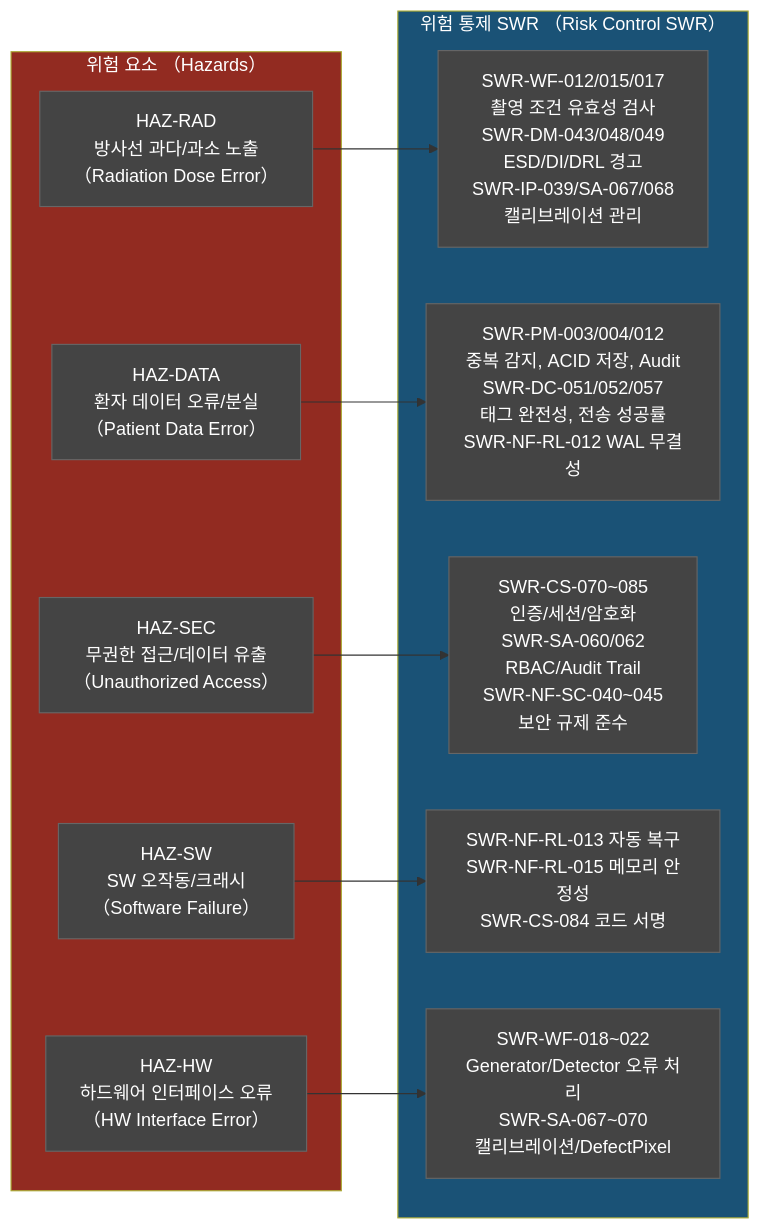
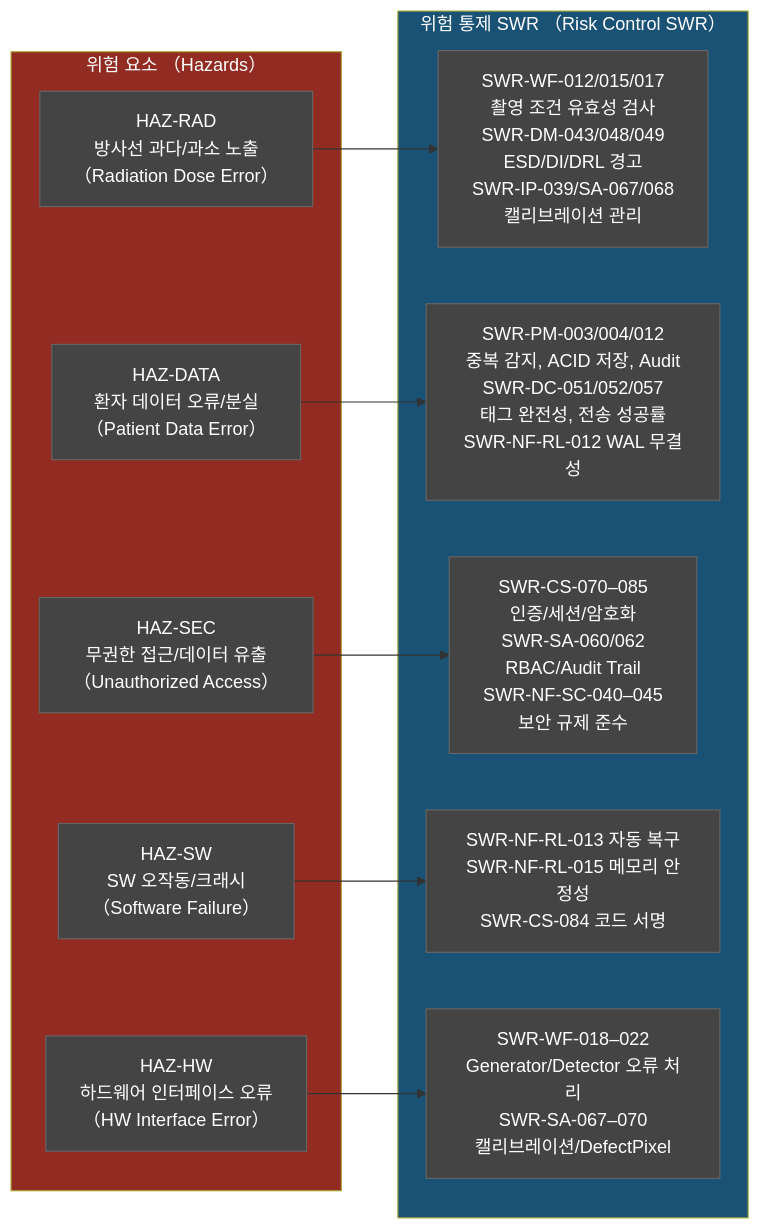
Before and after one commit to holee9/console-gui: the fifth of 6 diagrams in docs/planning/DOC-005_SRS_v2.0.md, drawn with Mermaid. The commit also changed other lines of this file and 39 other files, not shown here.

````diff
--- a/docs/planning/DOC-005_SRS_v2.0.md
+++ b/docs/planning/DOC-005_SRS_v2.0.md
@@ -764,28 +764,28 @@
 ```mermaid
 graph LR
     classDef default fill:#444,stroke:#666,color:#fff
     subgraph Hazards["위험 요소 （Hazards）"]
         HAZ_RAD["HAZ-RAD\n방사선 과다/과소 노출\n（Radiation Dose Error）"]
         HAZ_DATA["HAZ-DATA\n환자 데이터 오류/분실\n（Patient Data Error）"]
         HAZ_SEC["HAZ-SEC\n무권한 접근/데이터 유출\n（Unauthorized Access）"]
         HAZ_SW["HAZ-SW\nSW 오작동/크래시\n（Software Failure）"]
         HAZ_HW["HAZ-HW\n하드웨어 인터페이스 오류\n（HW Interface Error）"]
     end
 
     subgraph Controls["위험 통제 SWR （Risk Control SWR）"]
         RC_RAD["SWR-WF-012/015/017\n촬영 조건 유효성 검사\nSWR-DM-043/048/049\nESD/DI/DRL 경고\nSWR-IP-039/SA-067/068\n캘리브레이션 관리"]
         RC_DATA["SWR-PM-003/004/012\n중복 감지, ACID 저장, Audit\nSWR-DC-051/052/057\n태그 완전성, 전송 성공률\nSWR-NF-RL-012 WAL 무결성"]
-        RC_SEC["SWR-CS-070~085\n인증/세션/암호화\nSWR-SA-060/062\nRBAC/Audit Trail\nSWR-NF-SC-040~045\n보안 규제 준수"]
+        RC_SEC["SWR-CS-070–085\n인증/세션/암호화\nSWR-SA-060/062\nRBAC/Audit Trail\nSWR-NF-SC-040–045\n보안 규제 준수"]
         RC_SW["SWR-NF-RL-013 자동 복구\nSWR-NF-RL-015 메모리 안정성\nSWR-CS-084 코드 서명"]
-        RC_HW["SWR-WF-018~022\nGenerator/Detector 오류 처리\nSWR-SA-067~070\n캘리브레이션/DefectPixel"]
+        RC_HW["SWR-WF-018–022\nGenerator/Detector 오류 처리\nSWR-SA-067–070\n캘리브레이션/DefectPixel"]
     end
 
     HAZ_RAD --> RC_RAD
     HAZ_DATA --> RC_DATA
     HAZ_SEC --> RC_SEC
     HAZ_SW --> RC_SW
     HAZ_HW --> RC_HW
 
     style Hazards fill:#922b21,color:#fff
     style Controls fill:#1a5276,color:#fff
 ```
````
